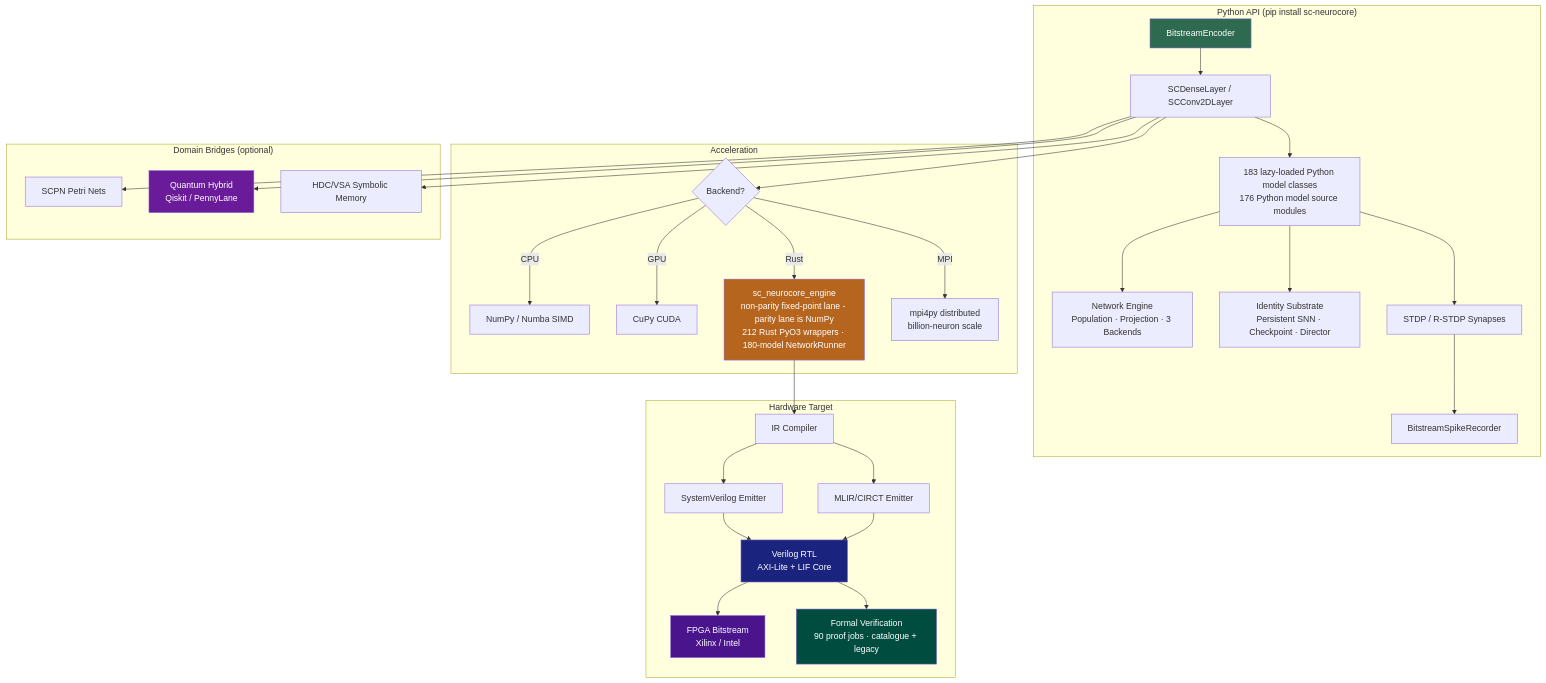
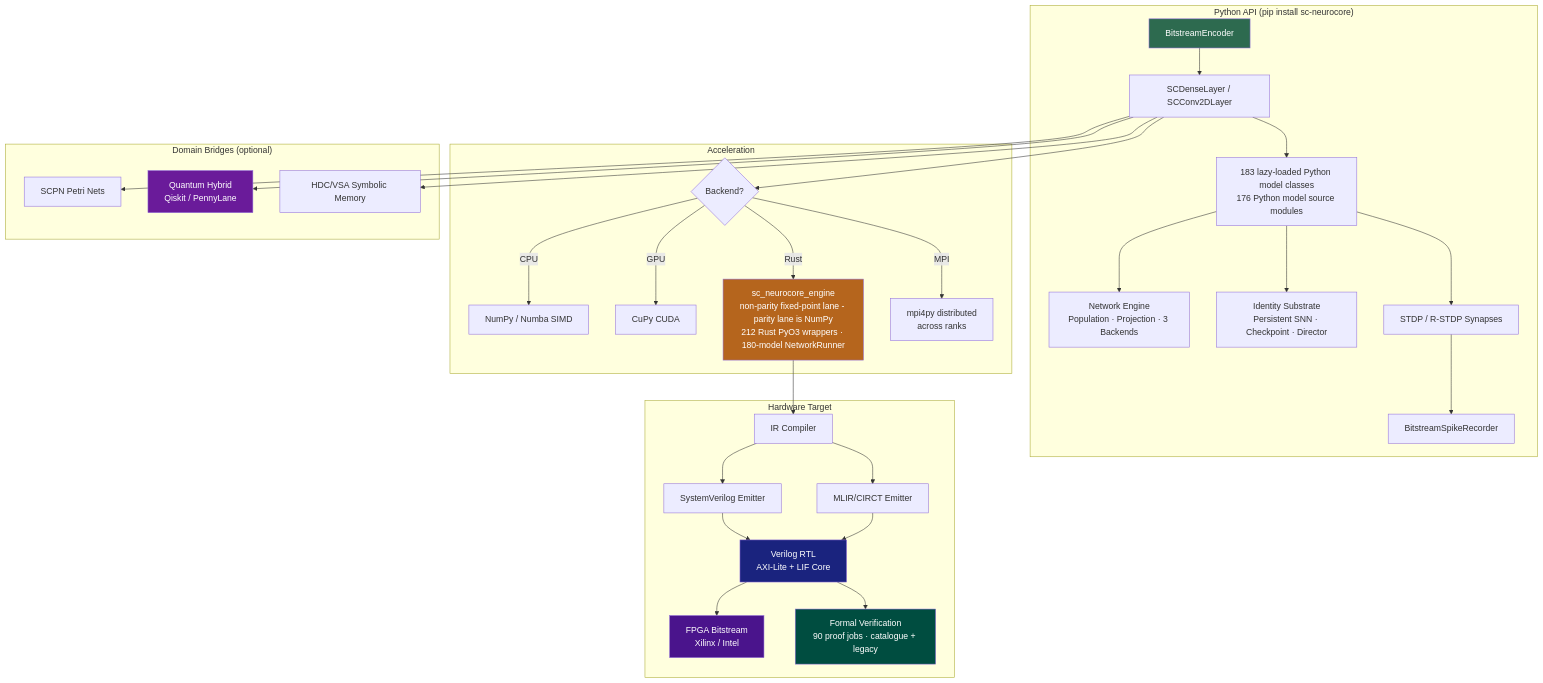
The diagram in README.md (anulum/sc-neurocore), drawn with Mermaid before and after one commit. The commit also changed 1 other file, not shown here.

Commit message:
docs: state the NetworkRunner and MPI backends without unsourced figures
docs/guides/getting-started.md said the Rust NetworkRunner has 81
models; engine/src/network_runner/model_catalogue.rs lists 180, which
the installed engine reports and README already states. It and the
README architecture diagram also called the MPI backend
"billion-neuron" scale; no measurement in the repository supports that
figure. The guide now points to NetworkRunner.supported_models() for
the list, and both say what network/mpi_runner.py does: populations
distributed across MPI ranks via mpi4py.

Validation: public-claim and release-surface tests pass; capability
manifest --check and pre-commit clean.

Authored by Anulum Fortis & Arcane Sapience (protoscience@anulum.li)
Seat: 56e9

````diff
--- a/README.md
+++ b/README.md
@@ -459,42 +459,42 @@
 ```mermaid
 graph TD
     subgraph "Python API (pip install sc-neurocore)"
         A[BitstreamEncoder] --> B[SCDenseLayer / SCConv2DLayer]
         B --> C[183 lazy-loaded Python model classes<br/>176 Python model source modules]
         C --> NET[Network Engine<br/>Population · Projection · 3 Backends]
         C --> ID[Identity Substrate<br/>Persistent SNN · Checkpoint · Director]
         C --> D[STDP / R-STDP Synapses]
         D --> E[BitstreamSpikeRecorder]
     end
 
     subgraph "Acceleration"
         B --> F{Backend?}
         F -->|CPU| G[NumPy / Numba SIMD]
         F -->|GPU| H[CuPy CUDA]
         F -->|Rust| I[sc_neurocore_engine<br/>non-parity fixed-point lane - parity lane is NumPy<br/>212 Rust PyO3 wrappers · 180-model NetworkRunner]
-        F -->|MPI| MPI[mpi4py distributed<br/>billion-neuron scale]
+        F -->|MPI| MPI[mpi4py distributed<br/>across ranks]
     end
 
     subgraph "Hardware Target"
         I --> J[IR Compiler]
         J --> K[SystemVerilog Emitter]
         J --> K2[MLIR/CIRCT Emitter]
         K --> L[Verilog RTL<br/>AXI-Lite + LIF Core]
         K2 --> L
         L --> M[FPGA Bitstream<br/>Xilinx / Intel]
         L --> V[Formal Verification<br/>90 proof jobs · catalogue + legacy]
     end
 
     subgraph "Domain Bridges (optional)"
         B --> N[SCPN Petri Nets]
         B --> O[Quantum Hybrid<br/>Qiskit / PennyLane]
         B --> P[HDC/VSA Symbolic Memory]
     end
 
     style A fill:#2d6a4f,color:#fff
     style I fill:#b5651d,color:#fff
     style L fill:#1a237e,color:#fff
     style M fill:#4a148c,color:#fff
     style O fill:#6a1b9a,color:#fff
     style V fill:#004d40,color:#fff
 ```
````
